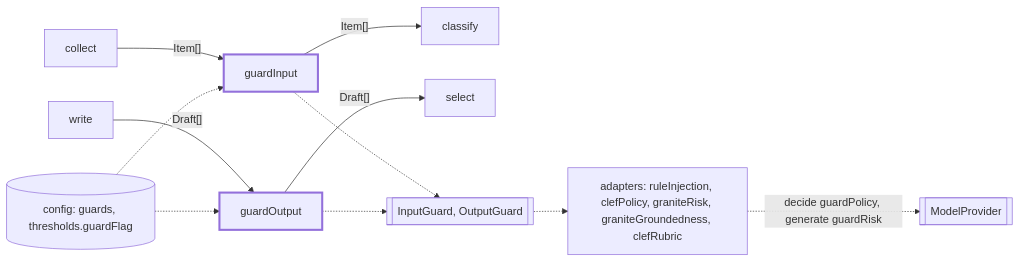
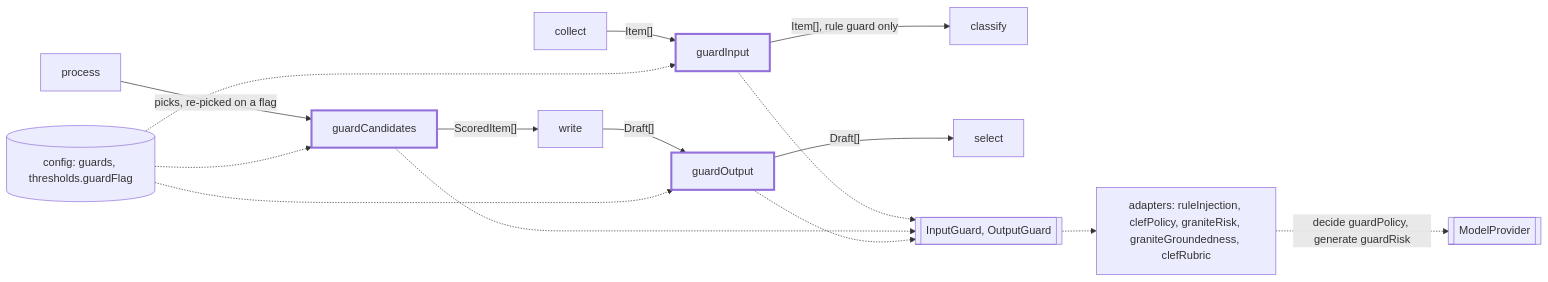
The first of 2 diagrams in src/guards/CLAUDE.md (odere-pro/weekly-engineering-digest-agent), drawn with Mermaid before and after one commit. The commit also changed other lines of this file and 106 other files, not shown here.

First line of the commit message:
perf: guard the picks after process and reuse a week's model answers

````diff
--- a/src/guards/CLAUDE.md
+++ b/src/guards/CLAUDE.md
@@ -10,10 +10,11 @@
 ```mermaid
 flowchart LR
-  collect -->|"Item[]"| guardInput:::focus -->|"Item[]"| classify
+  collect -->|"Item[]"| guardInput:::focus -->|"Item[], rule guard only"| classify
+  process -->|"picks, re-picked on a flag"| guardCandidates:::focus -->|"ScoredItem[]"| write
   write -->|"Draft[]"| guardOutput:::focus -->|"Draft[]"| select
-  cfg[("config: guards, thresholds.guardFlag")] -.-> guardInput & guardOutput
-  guardInput & guardOutput -.-> gp[["InputGuard, OutputGuard"]]
+  cfg[("config: guards, thresholds.guardFlag")] -.-> guardInput & guardCandidates & guardOutput
+  guardInput & guardCandidates & guardOutput -.-> gp[["InputGuard, OutputGuard"]]
   gp -.-> adapters["adapters: ruleInjection, clefPolicy, graniteRisk, graniteGroundedness, clefRubric"]
   adapters -.->|"decide guardPolicy, generate guardRisk"| mp[[ModelProvider]]
   classDef focus stroke-width:3px
 ```
````
